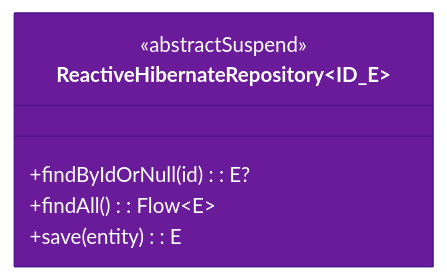
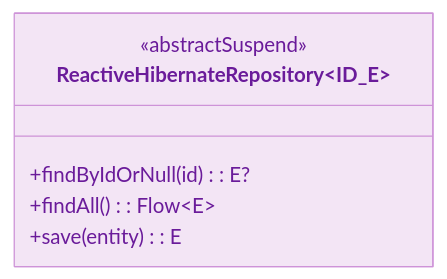
The first of 3 diagrams in data/hibernate-reactive/README.md (bluetape4k/bluetape4k-projects), drawn with Mermaid before and after one commit. The commit also changed other lines of this file and 219 other files, not shown here.

First line of the commit message:
docs: 전체 README Mermaid 다이어그램 가이드 적용

````diff
--- a/data/hibernate-reactive/README.md
+++ b/data/hibernate-reactive/README.md
@@ -84,12 +84,12 @@
 ```mermaid
 classDiagram
     direction TB
     class ReactiveHibernateRepository~ID_E~ {
         <<abstractSuspend>>
         +findByIdOrNull(id): E?
         +findAll(): Flow~E~
         +save(entity): E
     }
 
-    style ReactiveHibernateRepository fill:#6A1B9A,stroke:#4A148C,color:#FFFFFF
+    style ReactiveHibernateRepository fill:#F3E5F5,stroke:#CE93D8,color:#6A1B9A
 ```
````
